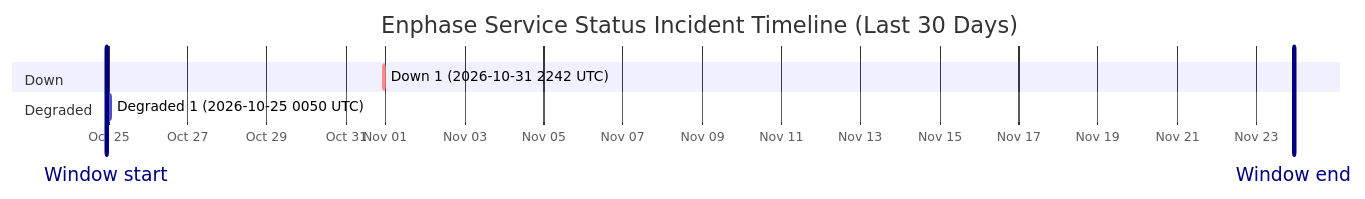
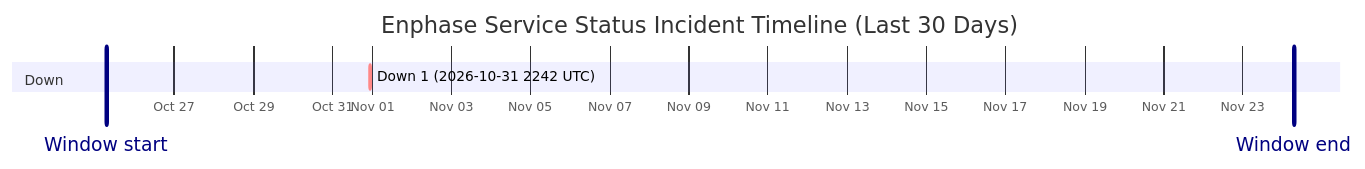
Before and after one commit to barneyonline/ha-enphase-energy: the diagram in wiki/Service-Status-History.md, drawn with Mermaid. The commit also changed other lines of this file and 3 other files, not shown here.

````diff
--- a/wiki/Service-Status-History.md
+++ b/wiki/Service-Status-History.md
@@ -14,12 +14,10 @@
 ```mermaid
 gantt
     title Enphase Service Status Incident Timeline (Last 30 Days)
     dateFormat  YYYY-MM-DDTHH:mm:ss
     axisFormat  %b %d
-    Window start :vert, window-start, 2026-10-24T22:49:14, 0ms
-    Window end :vert, window-end, 2026-11-23T22:49:14, 0ms
+    Window start :vert, window-start, 2026-10-25T06:45:40, 0ms
+    Window end :vert, window-end, 2026-11-24T06:45:40, 0ms
     section Down
     Down 1 (2026-10-31 2242 UTC) :crit, down-1, 2026-10-31T22:42:18, 60m
-    section Degraded
-    Degraded 1 (2026-10-25 0050 UTC) :active, degraded-1, 2026-10-25T00:50:01, 60m
 ```
````
